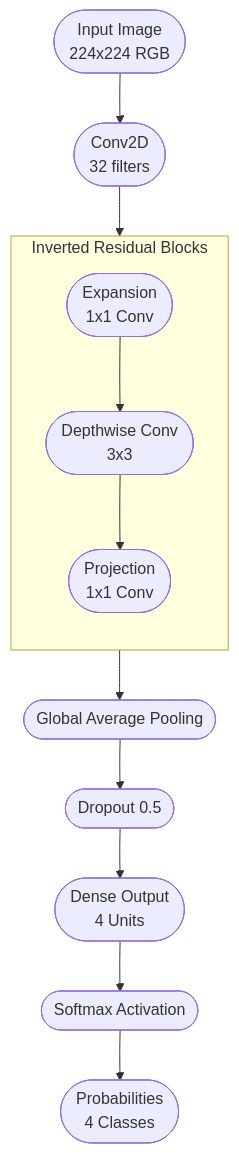
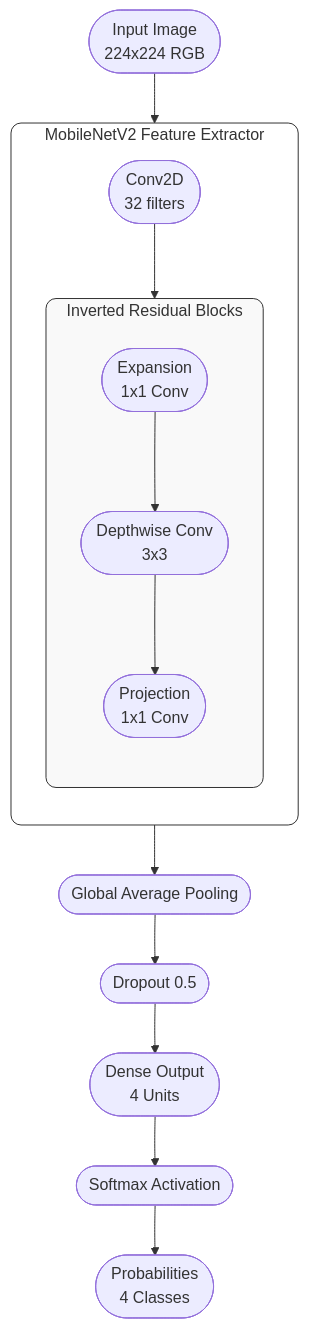
One commit to yashnaiduu/NeuroScan changed the diagram in README.md. Above: the diagram before and after it, drawn with Mermaid.

Commit message:
docs: refine architecture diagram styling

````diff
--- a/README.md
+++ b/README.md
@@ -22,31 +20,39 @@
 ```mermaid
 flowchart TD
     %% Nodes
     Input([Input Image\n224x224 RGB])
-    Conv1([Conv2D\n32 filters])
     
-    subgraph Block [Inverted Residual Blocks]
+    subgraph MobileNetV2 [MobileNetV2 Feature Extractor]
         direction TB
-        Exp([Expansion\n1x1 Conv])
-        DW([Depthwise Conv\n3x3])
-        Proj([Projection\n1x1 Conv])
+        Conv1([Conv2D\n32 filters])
+        
+        subgraph Block [Inverted Residual Blocks]
+            direction TB
+            Exp([Expansion\n1x1 Conv])
+            DW([Depthwise Conv\n3x3])
+            Proj([Projection\n1x1 Conv])
+        end
     end
 
     GAP([Global Average Pooling])
     Dropout([Dropout 0.5])
     Dense([Dense Output\n4 Units])
     Softmax([Softmax Activation])
     Output([Probabilities\n4 Classes])
 
     %% Connections
     Input --> Conv1
     Conv1 --> Exp
     Exp --> DW
     DW --> Proj
     Proj --> GAP
     
     GAP --> Dropout
     Dropout --> Dense
     Dense --> Softmax
     Softmax --> Output
+
+    %% Styling
+    style Block fill:#f9f9f9,stroke:#333,stroke-width:1px,rx:10,ry:10
+    style MobileNetV2 fill:#fff,stroke:#333,stroke-width:1px,rx:10,ry:10
 ```
````
